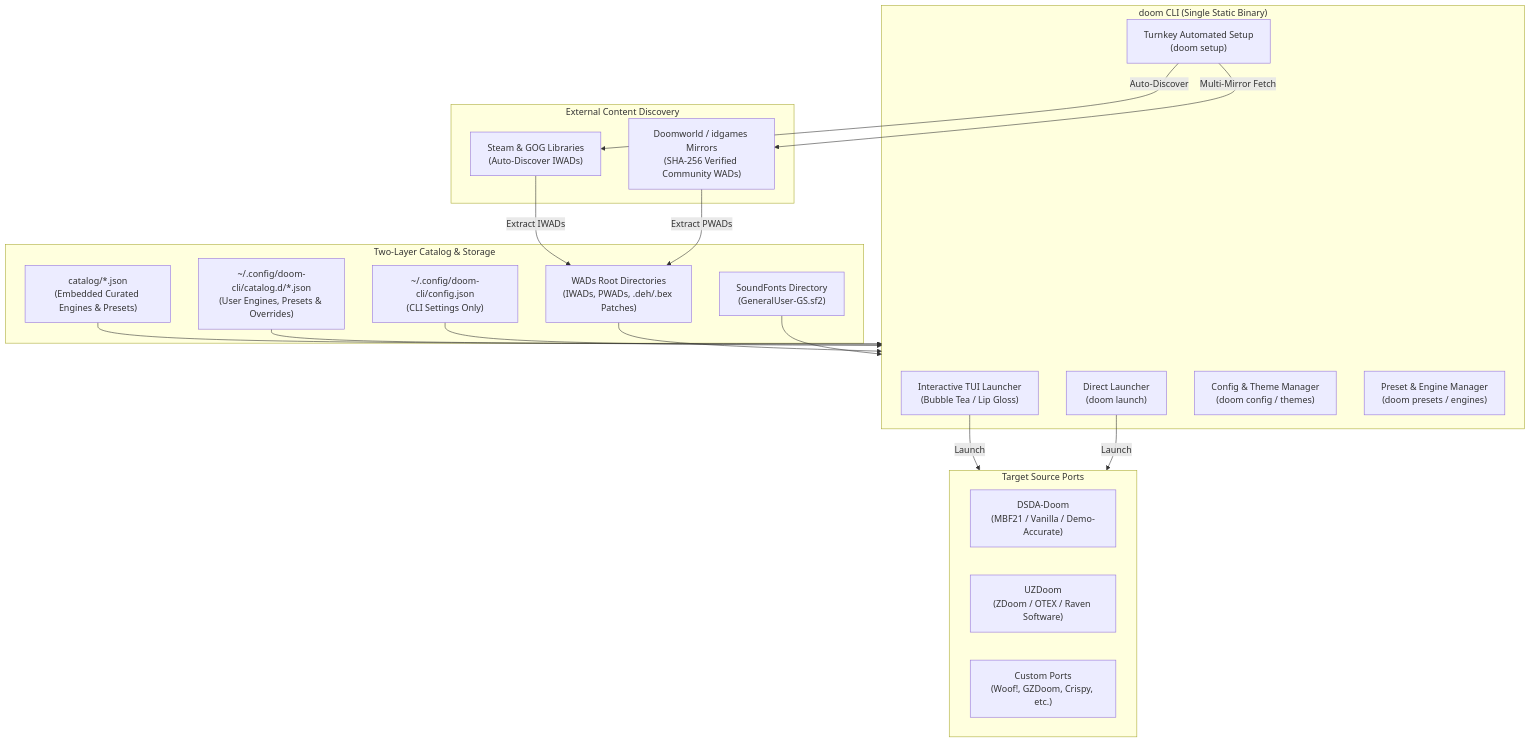
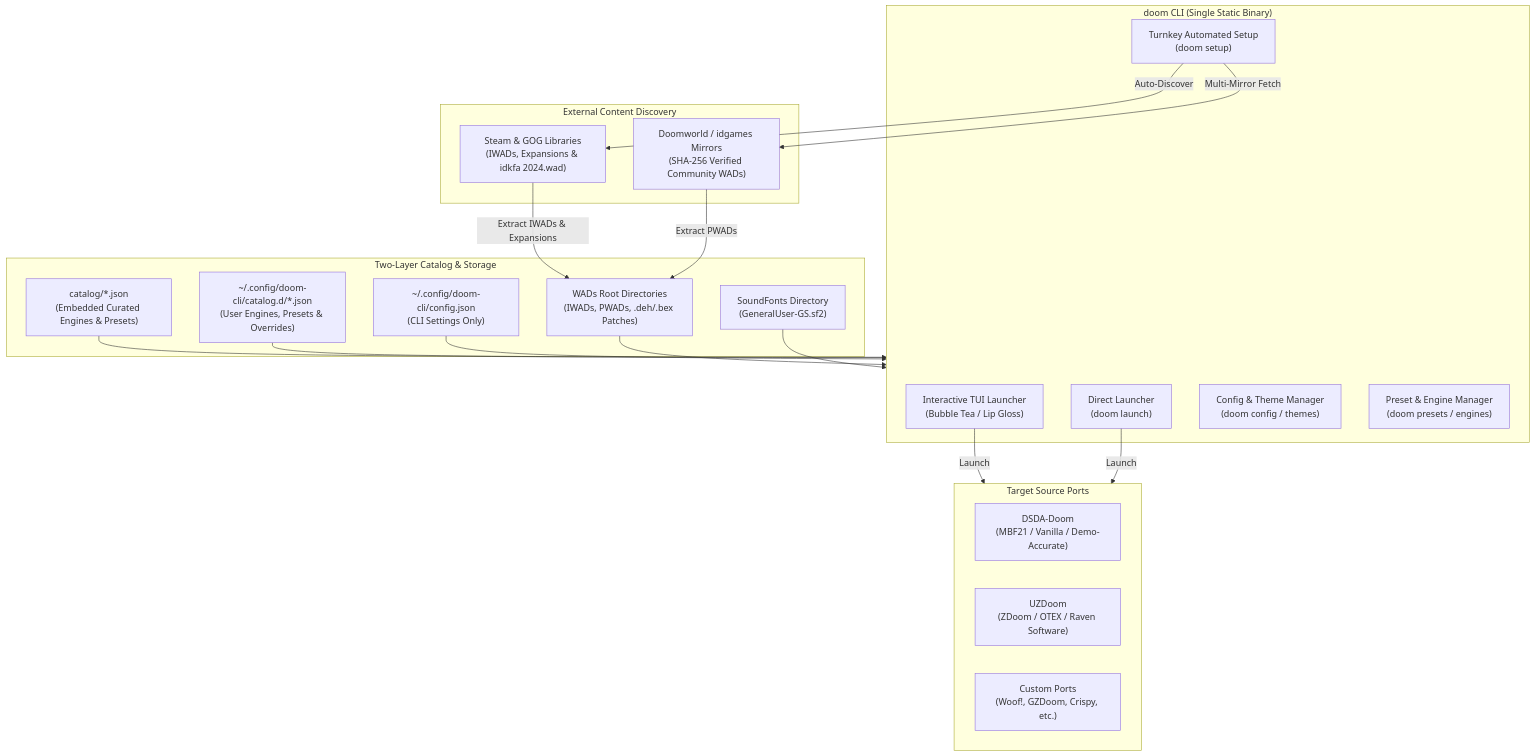
Before and after one commit to lock14/doom-cli: the diagram in CONTRIBUTING.md, drawn with Mermaid. The commit also changed other lines of this file and 5 other files, not shown here.

````diff
--- a/CONTRIBUTING.md
+++ b/CONTRIBUTING.md
@@ -50,43 +51,43 @@
 ```mermaid
 flowchart TD
     subgraph CLI ["doom CLI (Single Static Binary)"]
         TUI["Interactive TUI Launcher\n(Bubble Tea / Lip Gloss)"]
         Setup["Turnkey Automated Setup\n(doom setup)"]
         Launch["Direct Launcher\n(doom launch)"]
         ConfigMgr["Config & Theme Manager\n(doom config / themes)"]
         PresetMgr["Preset & Engine Manager\n(doom presets / engines)"]
     end
 
     subgraph Data ["Two-Layer Catalog & Storage"]
         CatalogDir["catalog/*.json\n(Embedded Curated Engines & Presets)"]
         UserCatalogDir["~/.config/doom-cli/catalog.d/*.json\n(User Engines, Presets & Overrides)"]
         UserConfig["~/.config/doom-cli/config.json\n(CLI Settings Only)"]
         WADsDir["WADs Root Directories\n(IWADs, PWADs, .deh/.bex Patches)"]
         SoundFontsDir["SoundFonts Directory\n(GeneralUser-GS.sf2)"]
     end
 
     subgraph External ["External Content Discovery"]
-        Steam["Steam & GOG Libraries\n(Auto-Discover IWADs)"]
+        Steam["Steam & GOG Libraries\n(IWADs, Expansions & idkfa 2024.wad)"]
         Mirrors["Doomworld / idgames Mirrors\n(SHA-256 Verified Community WADs)"]
     end
 
     subgraph Engines ["Target Source Ports"]
         DSDA["DSDA-Doom\n(MBF21 / Vanilla / Demo-Accurate)"]
         UZDoom["UZDoom\n(ZDoom / OTEX / Raven Software)"]
         CustomEngines["Custom Ports\n(Woof!, GZDoom, Crispy, etc.)"]
     end
 
     Setup -->|Auto-Discover| Steam
     Setup -->|Multi-Mirror Fetch| Mirrors
-    Steam -->|Extract IWADs| WADsDir
+    Steam -->|Extract IWADs & Expansions| WADsDir
     Mirrors -->|Extract PWADs| WADsDir
 
     CatalogDir --> CLI
     UserCatalogDir --> CLI
     UserConfig --> CLI
     WADsDir --> CLI
     SoundFontsDir --> CLI
 
     TUI -->|Launch| Engines
     Launch -->|Launch| Engines
 ```
````
